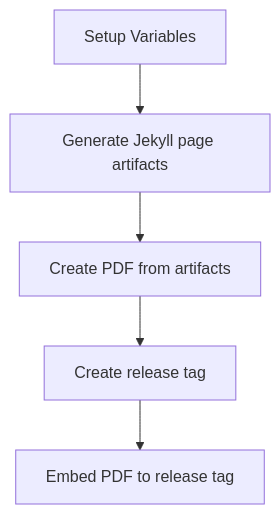
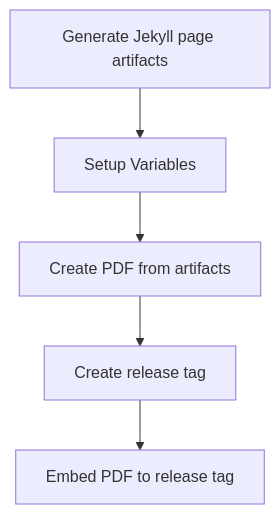
The diagram in README.md (doctor500/cv), drawn with Mermaid before and after one commit.

Commit message:
chore: update repo readme

````diff
--- a/README.md
+++ b/README.md
@@ -55,7 +55,7 @@
 ```mermaid
 graph TD;
-    A[Setup Variables]-->B[Generate Jekyll page artifacts]
-    B[Generate Jekyll page artifacts]-->C[Create PDF from artifacts]
+    A[Generate Jekyll page artifacts]-->B[Setup Variables]
+    B[Setup Variables]-->C[Create PDF from artifacts]
     C[Create PDF from artifacts]-->D[Create release tag]
     D[Create release tag]-->E[Embed PDF to release tag]
 ```
````
